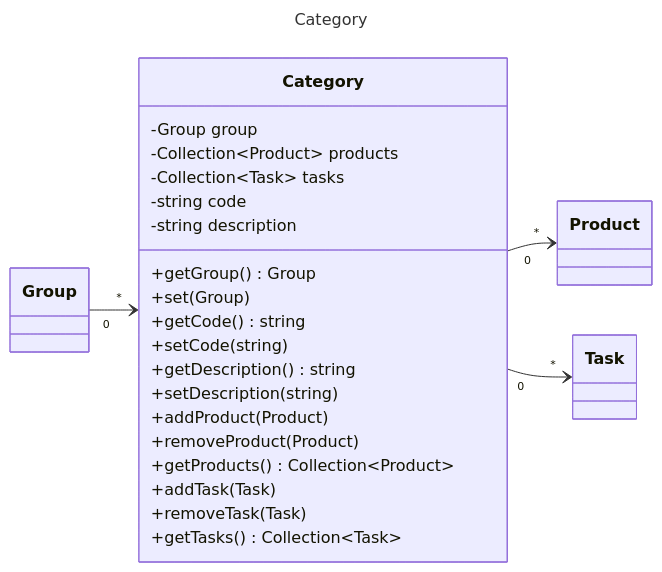
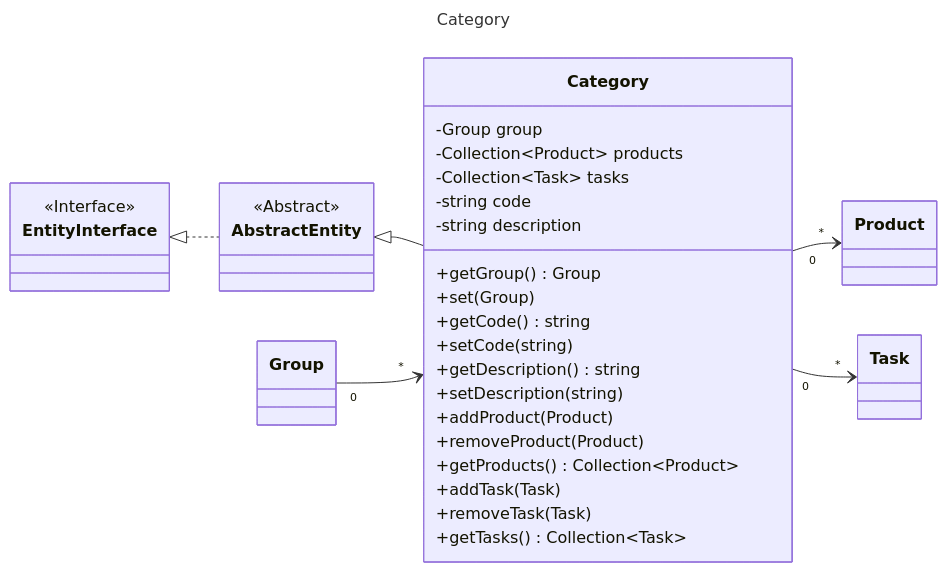
Before and after one commit to laurentmuller/calculation: the diagram in resources/diagram/category.mmd, drawn with Mermaid. The commit also changed 19 other files, not shown here.

Commit message:
Updated CSS and JS diagram.

```diff
--- a/resources/diagram/category.mmd
+++ b/resources/diagram/category.mmd
@@ -1,41 +1,52 @@
 ---
 title: Category
 ---
 classDiagram
     direction LR
 
     class Category {
         -Group group
         -Collection~Product~ products
         -Collection~Task~ tasks
         -string code
         -string description
         +getGroup() Group
         +set(Group)
         +getCode() string
         +setCode(string)
         +getDescription() string
         +setDescription(string)
         +addProduct(Product)
         +removeProduct(Product)
         +getProducts() Collection~Product~
         +addTask(Task)
         +removeTask(Task)
         +getTasks() Collection~Task~
     }
 
     class Group {
     }
     class Task {
     }
 
     class Product {
     }
 
+    class AbstractEntity {
+        <<Abstract>>
+    }
+    class EntityInterface {
+        <<Interface>>
+    }
+
+    EntityInterface <|.. AbstractEntity
+    AbstractEntity <|-- Category
     Group "0" --> "*" Category
     Category "0" --> "*" Product
     Category "0" --> "*" Task
 
+    click EntityInterface call nodeCallback()
+    click AbstractEntity call nodeCallback()
     click Group call nodeCallback()
     click Product call nodeCallback()
     click Task call nodeCallback()
```
